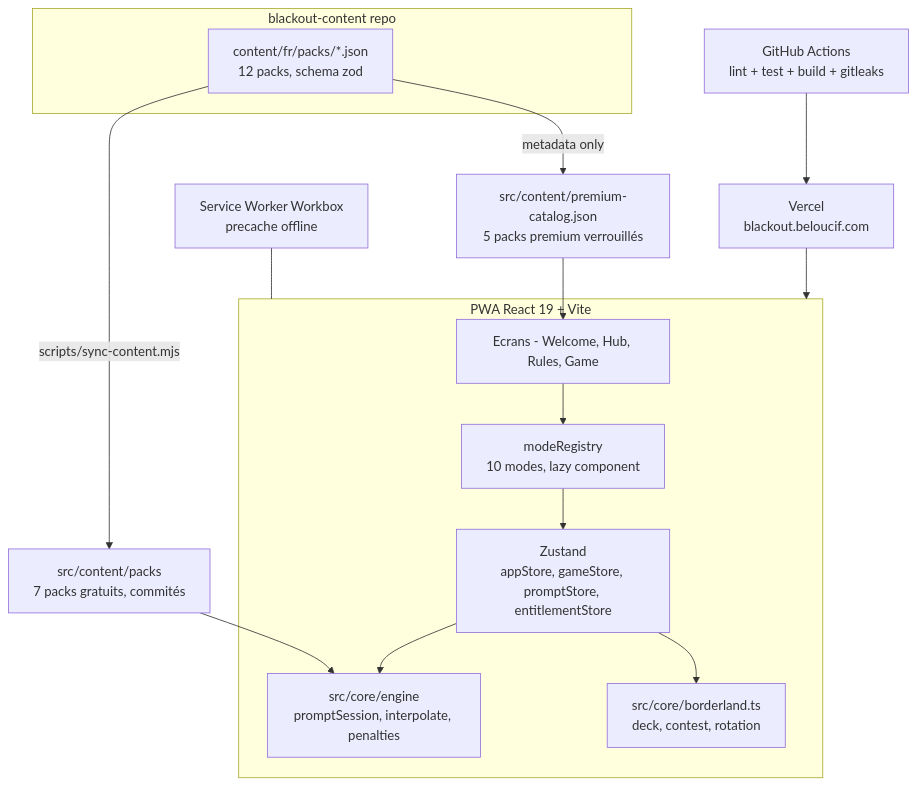
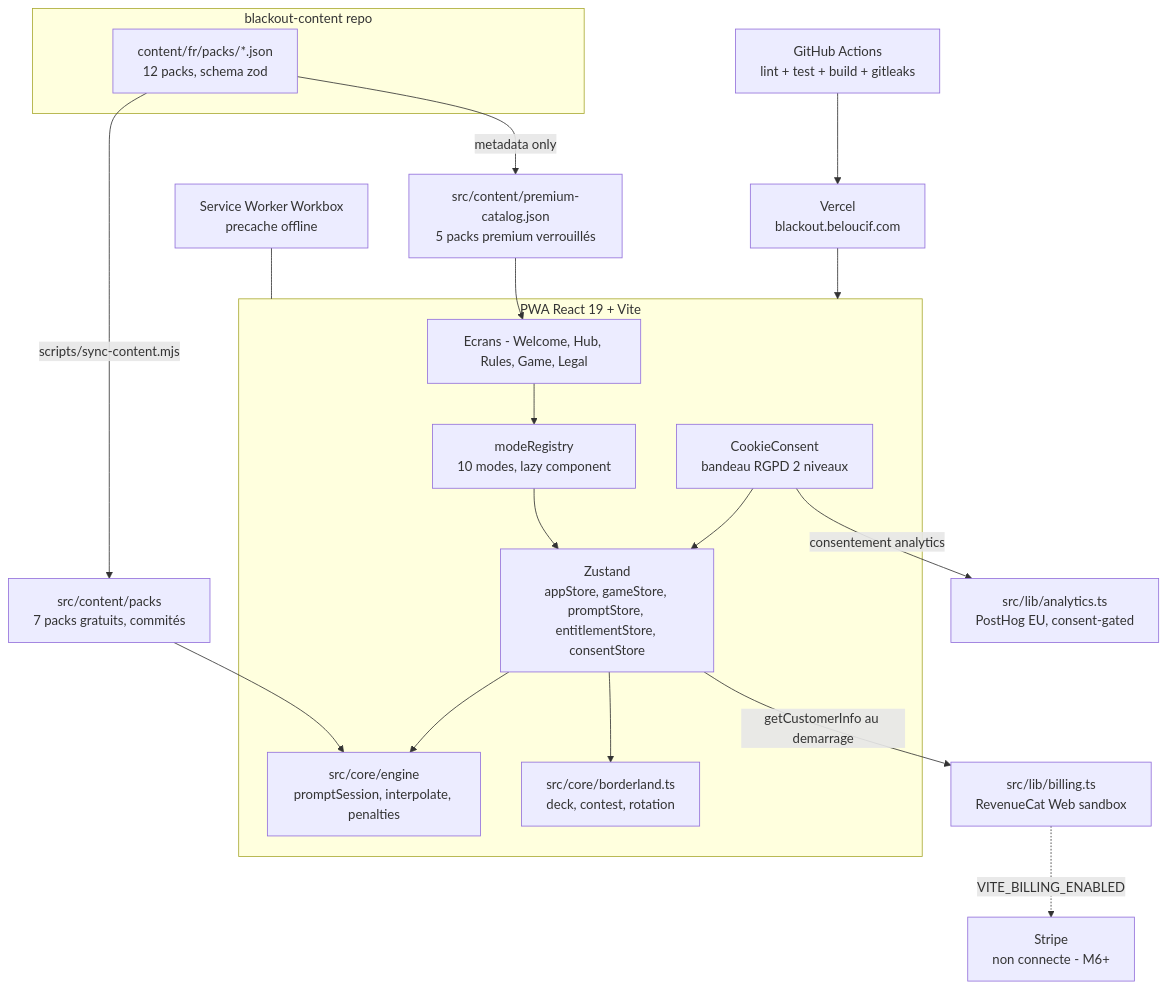
One commit to Adam-Blf/bacchana changed the diagram in README.md. Above: the diagram before and after it, drawn with Mermaid. The commit also changed other lines of this file and 27 other files, not shown here.

First line of the commit message:
Legal pages, RGPD cookie consent, consented analytics, premium infra (#12)

````diff
--- a/README.md
+++ b/README.md
@@ -92,25 +112,30 @@
 ```mermaid
 flowchart TD
     subgraph Content [blackout-content repo]
         Packs[content/fr/packs/*.json\n12 packs, schema zod]
     end
     Packs -->|scripts/sync-content.mjs| Free[src/content/packs\n7 packs gratuits, commités]
     Packs -->|metadata only| Catalog[src/content/premium-catalog.json\n5 packs premium verrouillés]
 
     subgraph Client [PWA React 19 + Vite]
-        UI[Ecrans - Welcome, Hub, Rules, Game]
+        UI[Ecrans - Welcome, Hub, Rules, Game, Legal]
         Registry[modeRegistry\n10 modes, lazy component]
         Engine[src/core/engine\npromptSession, interpolate, penalties]
         Core[src/core/borderland.ts\ndeck, contest, rotation]
-        Stores[Zustand\nappStore, gameStore, promptStore, entitlementStore]
+        Stores[Zustand\nappStore, gameStore, promptStore, entitlementStore, consentStore]
+        Cookie[CookieConsent\nbandeau RGPD 2 niveaux]
         UI --> Registry --> Stores
         Stores --> Engine
         Stores --> Core
+        Cookie --> Stores
     end
 
     Free --> Engine
     Catalog --> UI
+    Cookie -->|consentement analytics| Analytics[src/lib/analytics.ts\nPostHog EU, consent-gated]
+    Stores -->|getCustomerInfo au demarrage| Billing[src/lib/billing.ts\nRevenueCat Web sandbox]
+    Billing -.->|VITE_BILLING_ENABLED| Stripe[Stripe\nnon connecte - M6+]
     SW[Service Worker Workbox\nprecache offline] --- Client
     Vercel[Vercel\nblackout.beloucif.com] --> Client
     CI[GitHub Actions\nlint + test + build + gitleaks] --> Vercel
 ```
````
